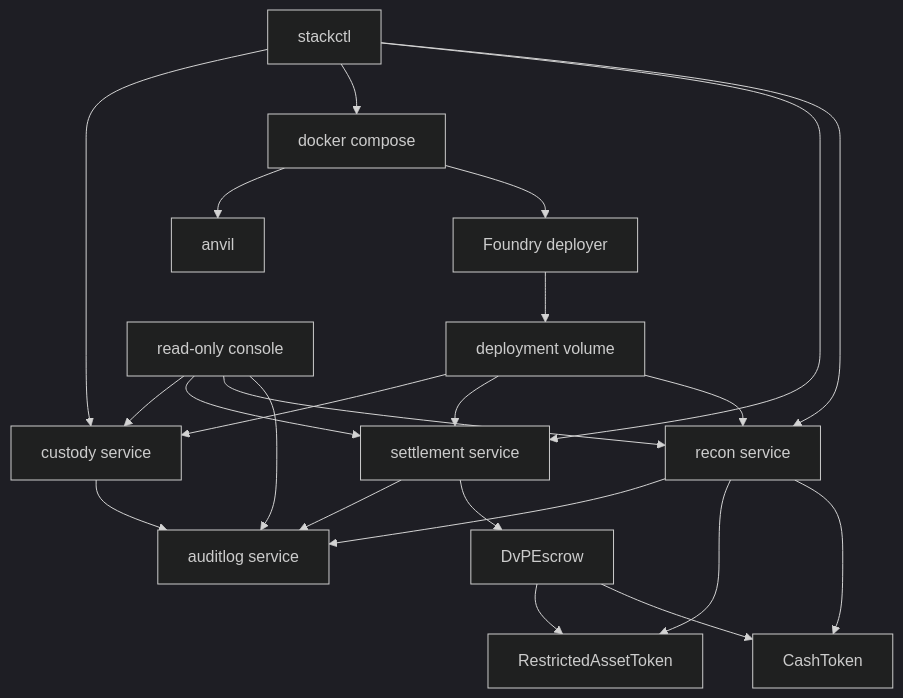
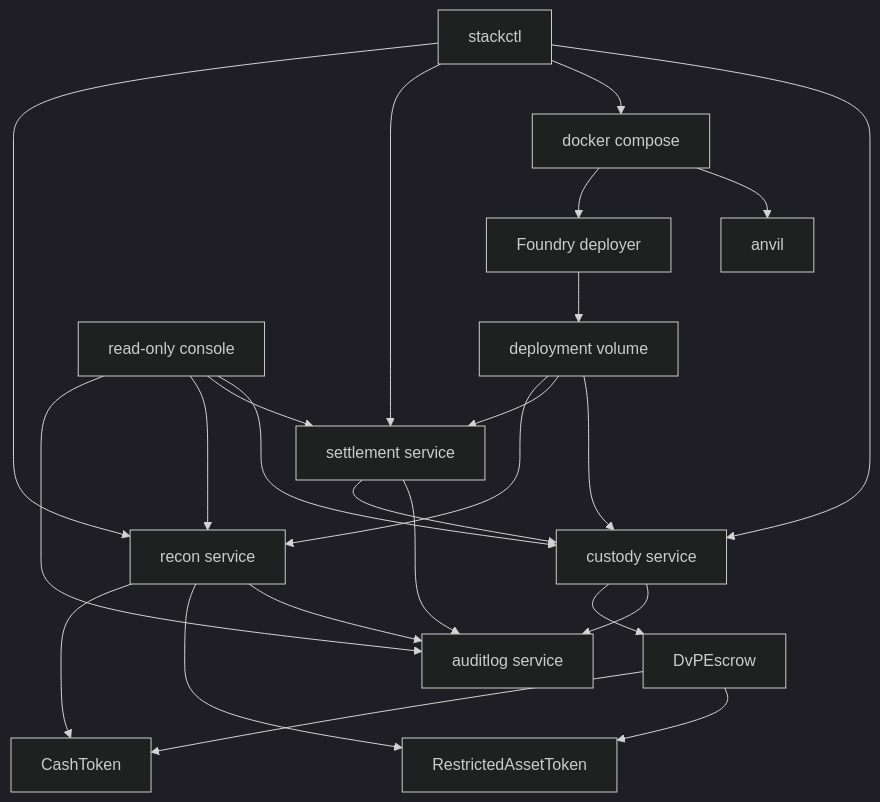
The first of 4 diagrams in ARCHITECTURE.md (vishnugovind10/tokenize-stack), drawn with Mermaid (dark theme) before and after one commit. The commit also changed other lines of this file and 15 other files, not shown here.

Commit message:
feat(settlement): route escrow state through custody

````diff
--- a/ARCHITECTURE.md
+++ b/ARCHITECTURE.md
@@ -7,25 +7,26 @@
 ```mermaid
 flowchart TB
     CLI["stackctl"] --> Custody["custody service"]
     CLI --> Compose["docker compose"]
     Compose --> Anvil["anvil"]
     Compose --> Deployer["Foundry deployer"]
     Deployer --> Volume["deployment volume"]
     Volume --> Custody
     Volume --> Settlement
     Volume --> Recon
     CLI --> Settlement["settlement service"]
     CLI --> Recon["recon service"]
     Custody --> Audit["auditlog service"]
     Settlement --> Audit
     Recon --> Audit
-    Settlement --> Escrow["DvPEscrow"]
+    Settlement --> Custody
+    Custody --> Escrow["DvPEscrow"]
     Escrow --> Asset["RestrictedAssetToken"]
     Escrow --> Cash["CashToken"]
     Recon --> Asset
     Recon --> Cash
     Console["read-only console"] --> Custody
     Console --> Settlement
     Console --> Recon
     Console --> Audit
 ```
````
